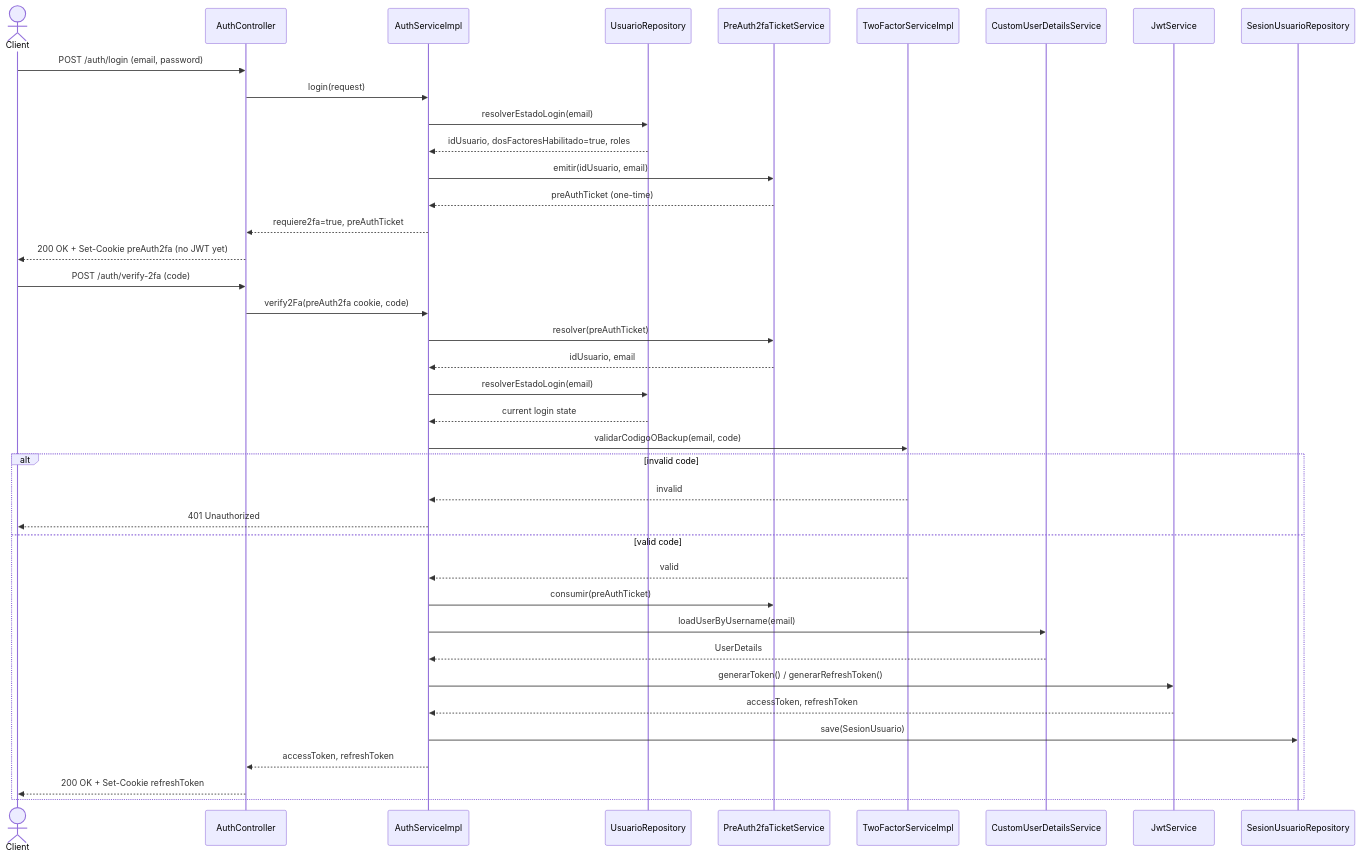
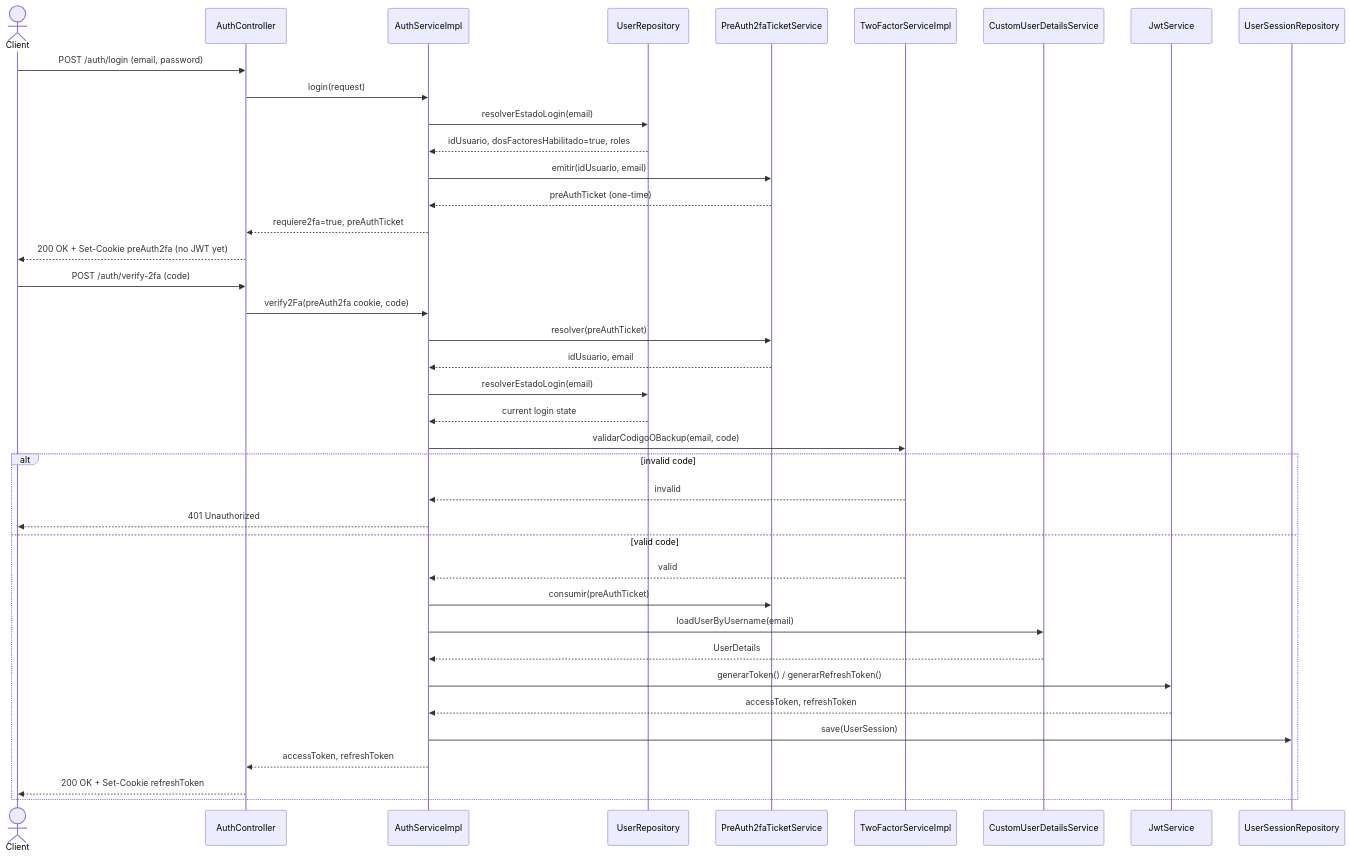
One commit to JohanCarvajal04/Proyecto-WEB-ARTISYNC changed the third of 4 diagrams in docs/diagramas/Secuencia_Login_JWT.md. Above: the diagram before and after it, drawn with Mermaid. The commit also changed other lines of this file and 6 other files, not shown here.

````diff
--- a/docs/diagramas/Secuencia_Login_JWT.md
+++ b/docs/diagramas/Secuencia_Login_JWT.md
@@ -155,43 +155,43 @@
 ```mermaid
 sequenceDiagram
     actor Client
     participant AuthCtrl as AuthController
     participant AuthSvc as AuthServiceImpl
-    participant UserRepo as UsuarioRepository
+    participant UserRepo as UserRepository
     participant Ticket as PreAuth2faTicketService
     participant TwoFa as TwoFactorServiceImpl
     participant UDS as CustomUserDetailsService
     participant JwtSvc as JwtService
-    participant SessionRepo as SesionUsuarioRepository
+    participant SessionRepo as UserSessionRepository
 
     Client->>AuthCtrl: POST /auth/login (email, password)
     AuthCtrl->>AuthSvc: login(request)
     AuthSvc->>UserRepo: resolverEstadoLogin(email)
     UserRepo-->>AuthSvc: idUsuario, dosFactoresHabilitado=true, roles
     AuthSvc->>Ticket: emitir(idUsuario, email)
     Ticket-->>AuthSvc: preAuthTicket (one-time)
     AuthSvc-->>AuthCtrl: requiere2fa=true, preAuthTicket
     AuthCtrl-->>Client: 200 OK + Set-Cookie preAuth2fa (no JWT yet)
 
     Client->>AuthCtrl: POST /auth/verify-2fa (code)
     AuthCtrl->>AuthSvc: verify2Fa(preAuth2fa cookie, code)
     AuthSvc->>Ticket: resolver(preAuthTicket)
     Ticket-->>AuthSvc: idUsuario, email
     AuthSvc->>UserRepo: resolverEstadoLogin(email)
     UserRepo-->>AuthSvc: current login state
     AuthSvc->>TwoFa: validarCodigoOBackup(email, code)
     alt invalid code
         TwoFa-->>AuthSvc: invalid
         AuthSvc-->>Client: 401 Unauthorized
     else valid code
         TwoFa-->>AuthSvc: valid
         AuthSvc->>Ticket: consumir(preAuthTicket)
         AuthSvc->>UDS: loadUserByUsername(email)
         UDS-->>AuthSvc: UserDetails
         AuthSvc->>JwtSvc: generarToken() / generarRefreshToken()
         JwtSvc-->>AuthSvc: accessToken, refreshToken
-        AuthSvc->>SessionRepo: save(SesionUsuario)
+        AuthSvc->>SessionRepo: save(UserSession)
         AuthSvc-->>AuthCtrl: accessToken, refreshToken
         AuthCtrl-->>Client: 200 OK + Set-Cookie refreshToken
     end
 ```
````
